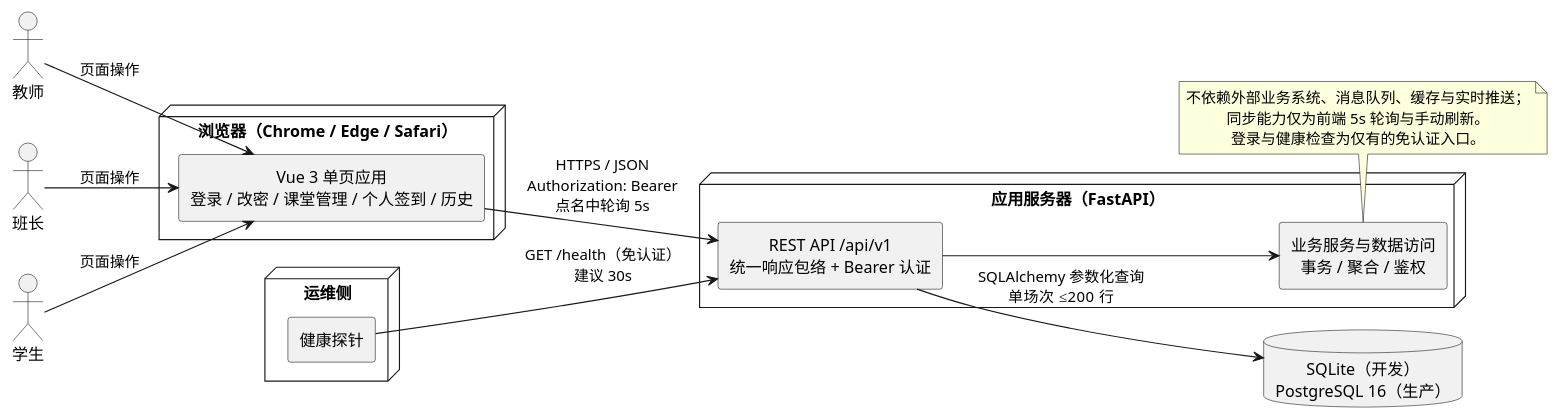
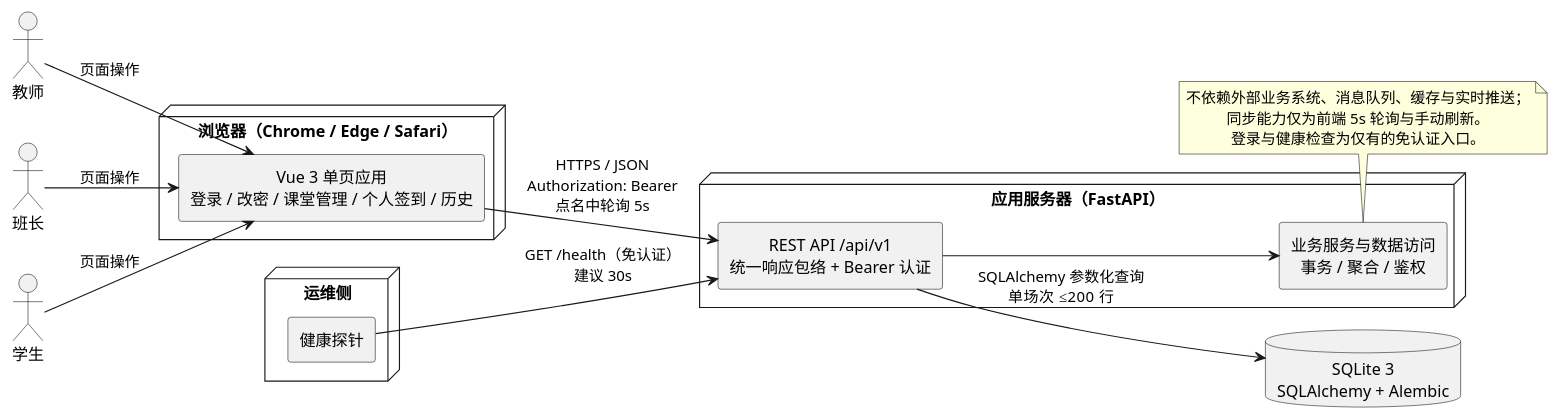
The first of 8 diagrams in .codeartsdoer/specs/teacher_rollcall/design.md (sparrow-max/teachers-treasure), drawn with PlantUML before and after one commit. The commit also changed other lines of this file and 33 other files, not shown here.

First line of the commit message:
feat(database): 实现 SQLite + SQLAlchemy 数据库层 (#6)

````diff
--- a/.codeartsdoer/specs/teacher_rollcall/design.md
+++ b/.codeartsdoer/specs/teacher_rollcall/design.md
@@ -248,40 +248,40 @@
 ```plantuml
 @startuml
 left to right direction
 skinparam componentStyle rectangle
 skinparam defaultTextAlignment center
 
 actor "教师" as Teacher
 actor "班长" as Monitor
 actor "学生" as Student
 
 node "浏览器（Chrome / Edge / Safari）" {
   component "Vue 3 单页应用\n登录 / 改密 / 课堂管理 / 个人签到 / 历史" as SPA
 }
 
 node "应用服务器（FastAPI）" {
   component "REST API /api/v1\n统一响应包络 + Bearer 认证" as API
   component "业务服务与数据访问\n事务 / 聚合 / 鉴权" as SVC
   API --> SVC
 }
 
-database "SQLite（开发）\nPostgreSQL 16（生产）" as DB
+database "SQLite 3\nSQLAlchemy + Alembic" as DB
 
 node "运维侧" {
   component "健康探针" as HC
 }
 
 Teacher --> SPA : 页面操作
 Monitor --> SPA : 页面操作
 Student --> SPA : 页面操作
 SPA --> API : HTTPS / JSON\nAuthorization: Bearer\n点名中轮询 5s
 API --> DB : SQLAlchemy 参数化查询\n单场次 ≤200 行
 HC --> API : GET /health（免认证）\n建议 30s
 
 note bottom of SVC
   不依赖外部业务系统、消息队列、缓存与实时推送；
   同步能力仅为前端 5s 轮询与手动刷新。
   登录与健康检查为仅有的免认证入口。
 end note
 @enduml
 ```
````
